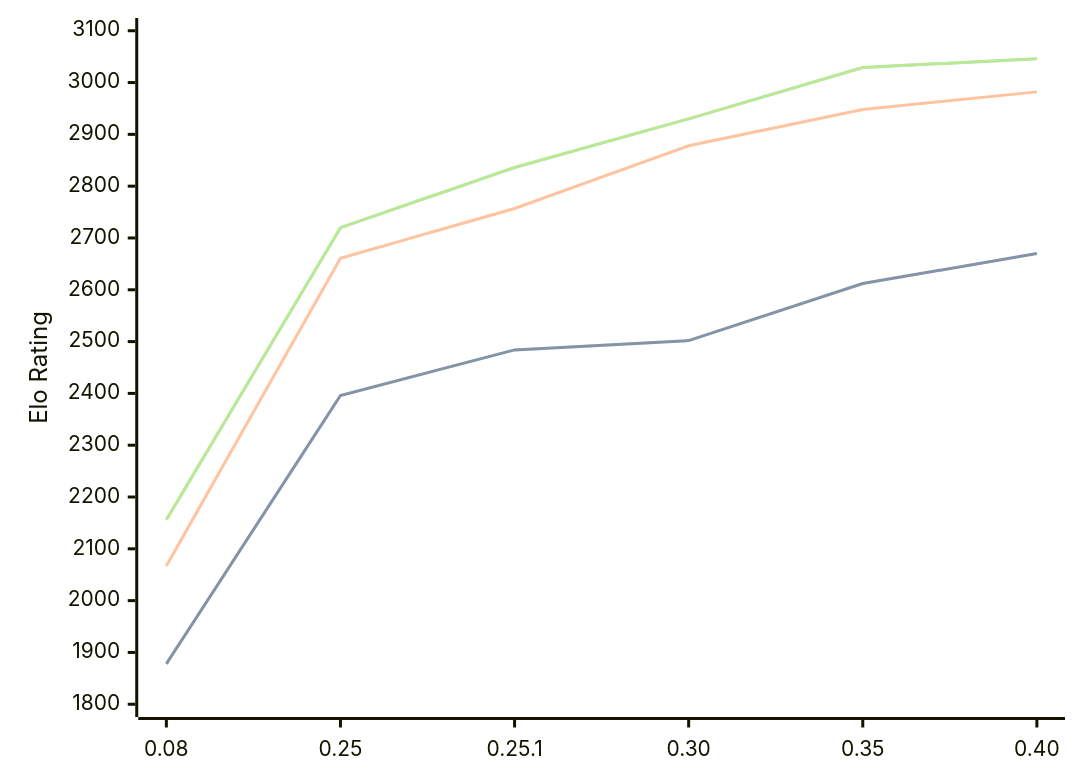
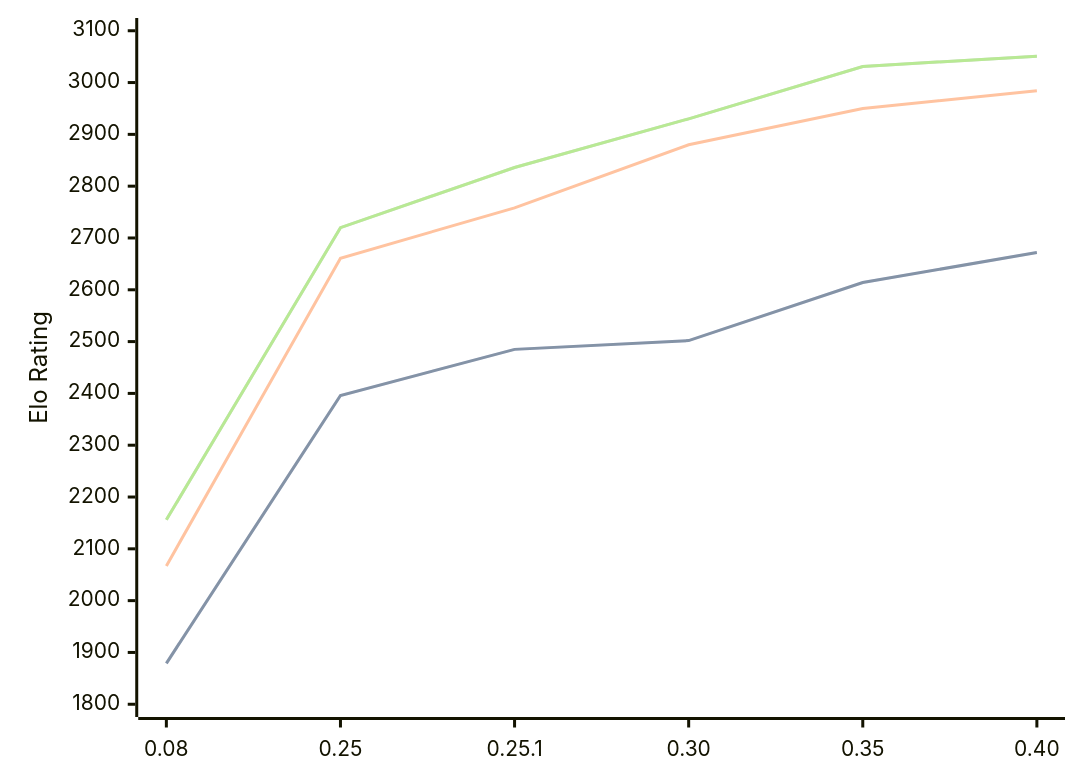
One commit to computer-chess-index/cci changed the diagram in engines/Gecko.md. Above: the diagram before and after it, drawn with Mermaid. The commit also changed other lines of this file, not shown here.

Commit message:
Update CCI Ratings (ELO VLTC) - 2026-09-14

````diff
--- a/engines/Gecko.md
+++ b/engines/Gecko.md
@@ -36,11 +36,11 @@
 ```mermaid
 %%{init: {"theme":"base","themeVariables":{"seriesColors:['#a3a3a3','#222221','#faa371']}}}%%
 xychart-beta
   x-axis ["0.08", "0.25", "0.25.1", "0.30", "0.35", "0.40"]
   y-axis "Elo Rating" 1800 --> 3100
-  line "" [1878, 2396, 2484, 2502, 2612, 2670]
-  line "STC (8.0+0.08s)" [1878, 2396, 2484, 2502, 2612, 2670]
-  line "LTC (60.0+0.60s)" [2067, 2661, 2757, 2878, 2948, 2982]
-  line "" [2156, 2720, 2836, 2930, 3029, 3046]
-  line "VLTC (2m24s+1.12s)" [2156, 2720, 2836, 2930, 3029, 3046]
+  line "" [1879, 2396, 2485, 2502, 2614, 2672]
+  line "STC (8.0+0.08s)" [1879, 2396, 2485, 2502, 2614, 2672]
+  line "LTC (60.0+0.60s)" [2067, 2661, 2758, 2880, 2950, 2984]
+  line "" [2156, 2720, 2836, 2930, 3031, 3051]
+  line "VLTC (2m24s+1.12s)" [2156, 2720, 2836, 2930, 3031, 3051]
 ```
````
